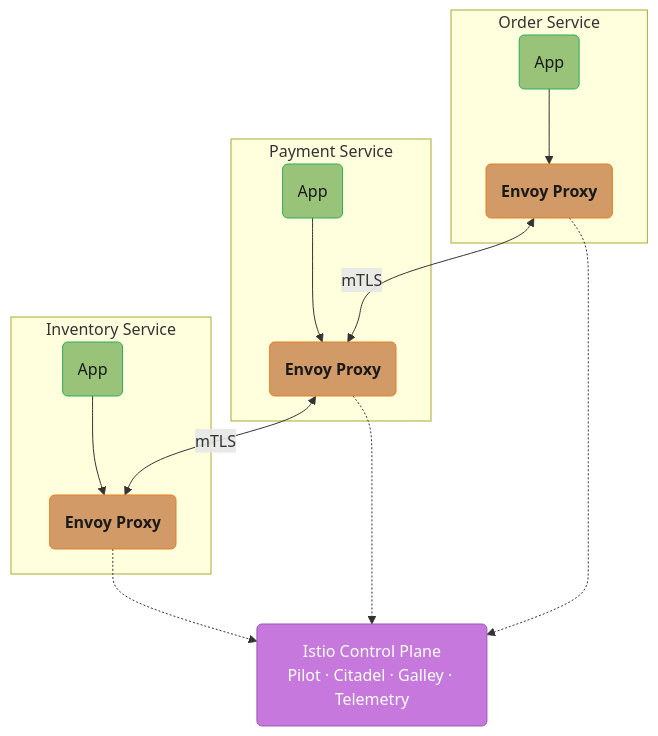
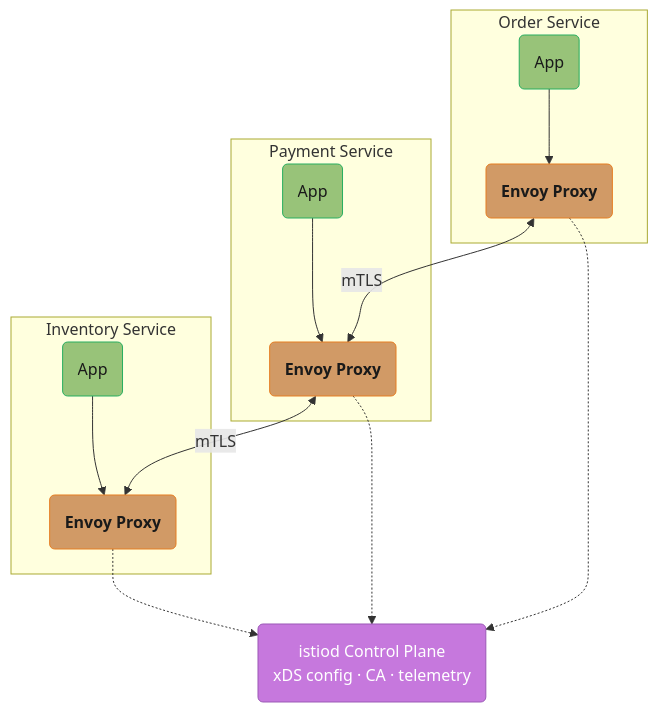
Diagram 14 of 24 in src/main/java/com/rutik/systemdesign/hld/microservices/README.md (rppol/system-design), drawn with Mermaid before and after one commit. The commit also changed other lines of this file and 3 other files, not shown here.

````diff
--- a/src/main/java/com/rutik/systemdesign/hld/microservices/README.md
+++ b/src/main/java/com/rutik/systemdesign/hld/microservices/README.md
@@ -527,31 +567,31 @@
 ```mermaid
 flowchart TD
     classDef io      fill:#61afef,stroke:#2e86c1,color:#1a1a1a,font-weight:bold
     classDef frozen  fill:#c678dd,stroke:#9b59b6,color:#fff
     classDef train   fill:#98c379,stroke:#27ae60,color:#1a1a1a
     classDef mathOp  fill:#d19a66,stroke:#e67e22,color:#1a1a1a,font-weight:bold
     classDef lossN   fill:#e06c75,stroke:#c0392b,color:#fff,font-weight:bold
     classDef req     fill:#56b6c2,stroke:#0097a7,color:#1a1a1a
     classDef base    fill:#e5c07b,stroke:#f39c12,color:#1a1a1a
 
     subgraph S1["Order Service"]
         o1("App") --> o2("Envoy Proxy")
     end
     subgraph S2["Payment Service"]
         p1("App") --> p2("Envoy Proxy")
     end
     subgraph S3["Inventory Service"]
         i1("App") --> i2("Envoy Proxy")
     end
 
     o2 <-->|"mTLS"| p2
     p2 <-->|"mTLS"| i2
 
-    o2 -.-> cp("Istio Control Plane<br/>Pilot · Citadel · Galley · Telemetry")
+    o2 -.-> cp("istiod Control Plane<br/>xDS config · CA · telemetry")
     p2 -.-> cp
     i2 -.-> cp
 
     class o1,p1,i1 train
     class o2,p2,i2 mathOp
     class cp frozen
 ```
````
